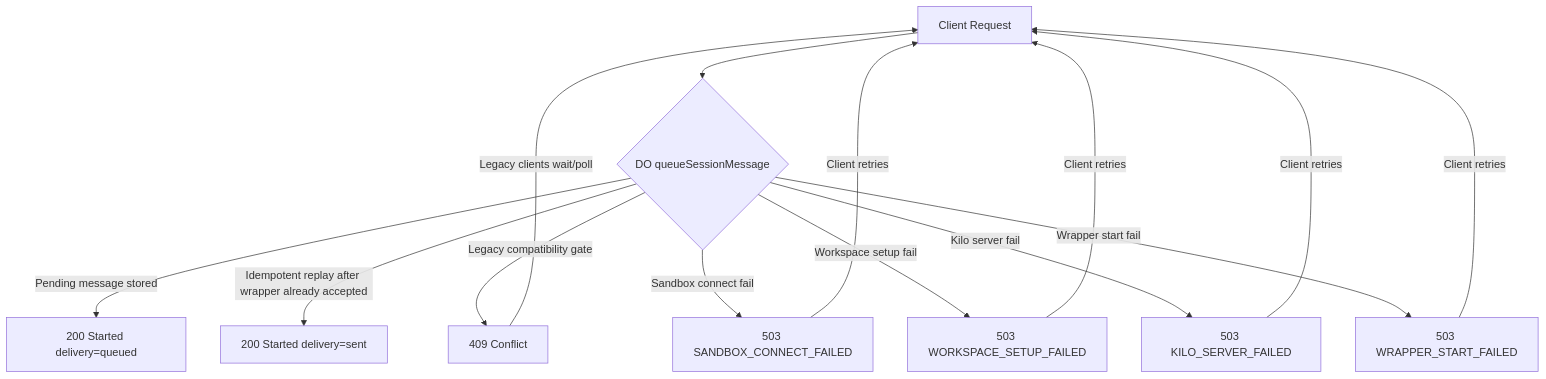
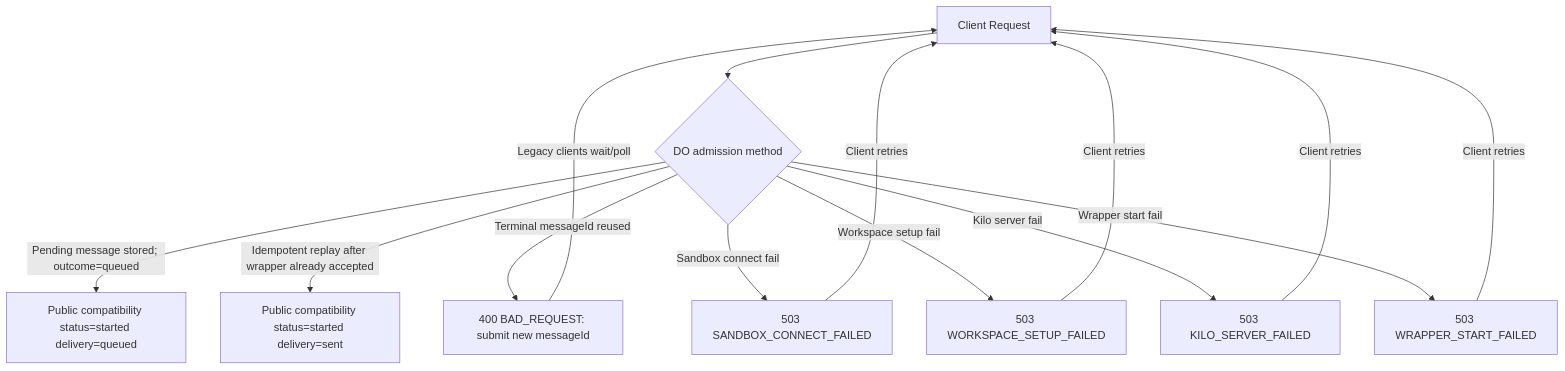
The ninth of 9 diagrams in services/cloud-agent-next/docs/diagrams.md (Kilo-Org/cloud), drawn with Mermaid before and after one commit. The commit also changed other lines of this file and 56 other files, not shown here.

Commit message:
fix(cloud-agent-next): enforce durable message admission invariants

````diff
--- a/services/cloud-agent-next/docs/diagrams.md
+++ b/services/cloud-agent-next/docs/diagrams.md
@@ -194,14 +222,14 @@
 ```mermaid
 flowchart TD
-  A[Client Request] --> B{DO queueSessionMessage}
-  B -->|Pending message stored| Q[200 Started delivery=queued]
-  B -->|Idempotent replay after wrapper already accepted| I[200 Started delivery=sent]
-  B -->|Legacy compatibility gate| C[409 Conflict]
+  A[Client Request] --> B{DO admission method}
+  B -->|Pending message stored; outcome=queued| Q[Public compatibility status=started delivery=queued]
+  B -->|Idempotent replay after wrapper already accepted| I[Public compatibility status=started delivery=sent]
+  B -->|Terminal messageId reused| C[400 BAD_REQUEST: submit new messageId]
   B -->|Sandbox connect fail| E[503 SANDBOX_CONNECT_FAILED]
   B -->|Workspace setup fail| F[503 WORKSPACE_SETUP_FAILED]
   B -->|Kilo server fail| G[503 KILO_SERVER_FAILED]
   B -->|Wrapper start fail| H[503 WRAPPER_START_FAILED]
 
   E & F & G & H -->|Client retries| A
   C -->|Legacy clients wait/poll| A
 ```
````
